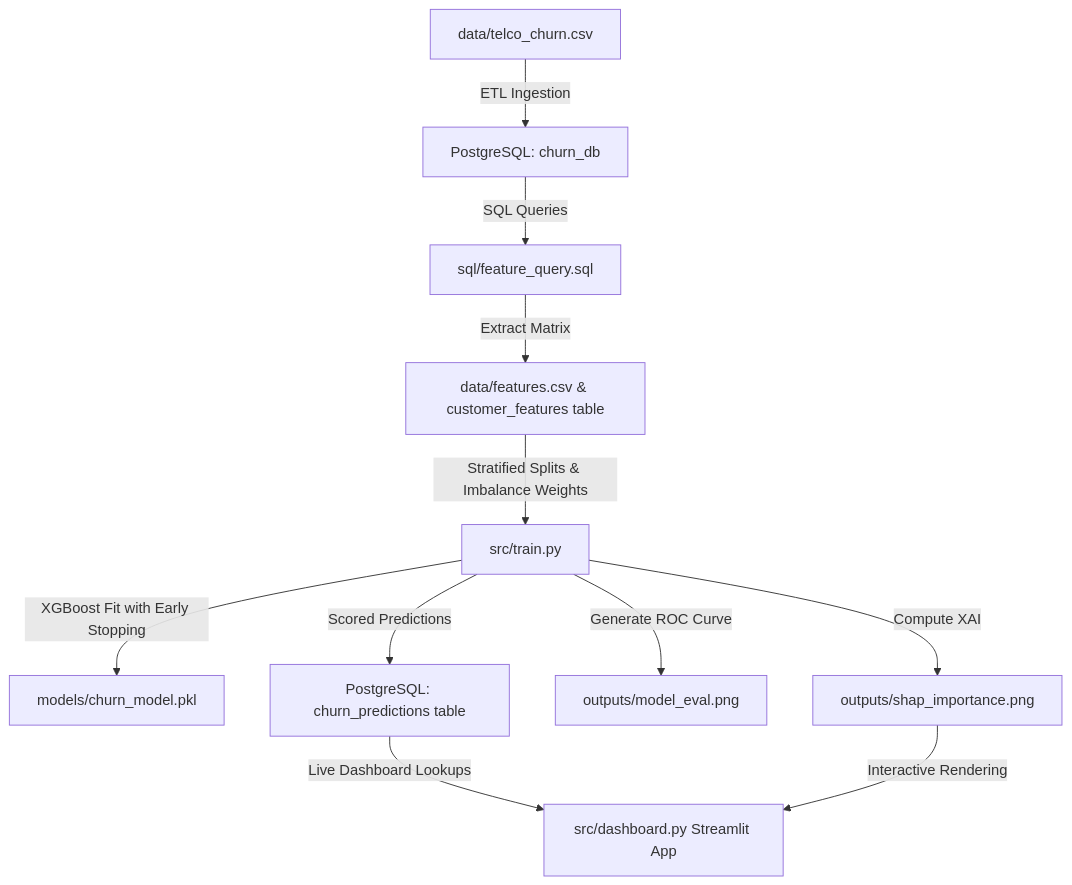
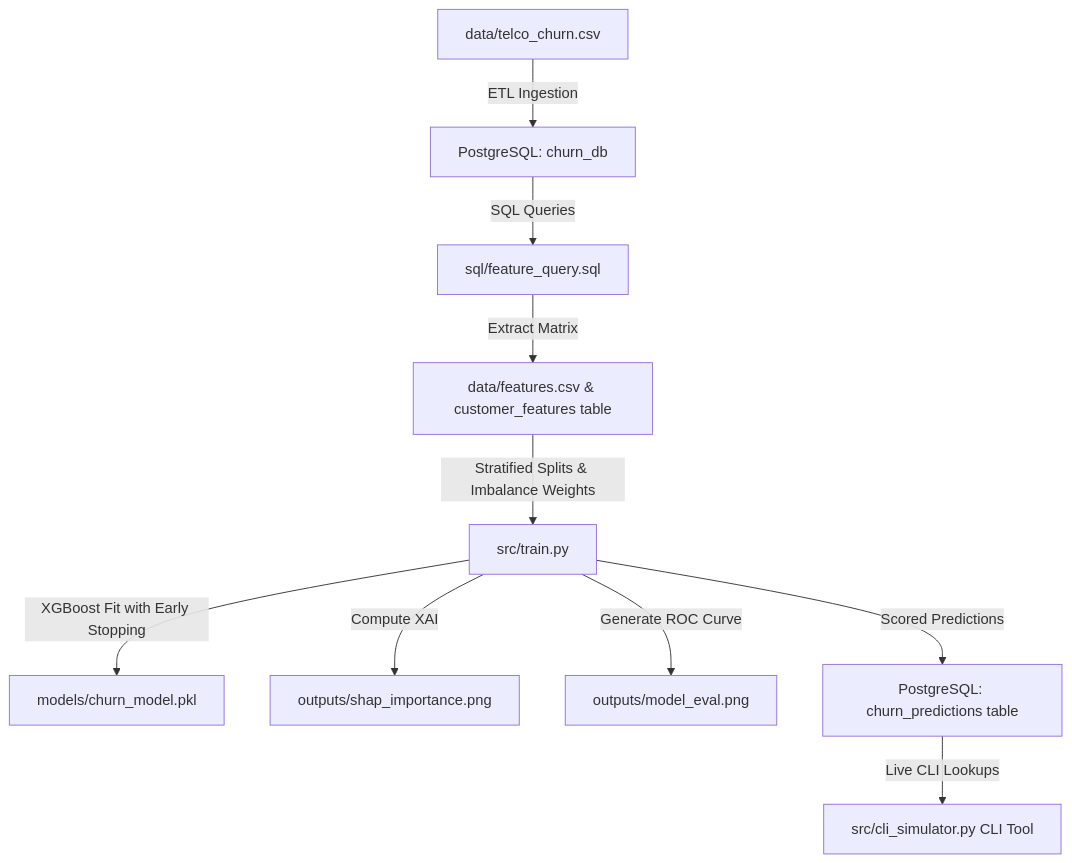
One commit to Abuzarr1/Telecom-churn-prediction changed the diagram in README.md. Above: the diagram before and after it, drawn with Mermaid. The commit also changed other lines of this file and 7 other files, not shown here.

Commit message:
Replace Streamlit with Python CLI simulator for interview Q&A alignment

````diff
--- a/README.md
+++ b/README.md
@@ -15,13 +15,12 @@
 ```mermaid
 graph TD
     A[data/telco_churn.csv] -->|ETL Ingestion| B[PostgreSQL: churn_db]
     B -->|SQL Queries| C[sql/feature_query.sql]
     C -->|Extract Matrix| D[data/features.csv & customer_features table]
     D -->|Stratified Splits & Imbalance Weights| E[src/train.py]
     E -->|XGBoost Fit with Early Stopping| F[models/churn_model.pkl]
     E -->|Compute XAI| G[outputs/shap_importance.png]
     E -->|Generate ROC Curve| H[outputs/model_eval.png]
     E -->|Scored Predictions| I[PostgreSQL: churn_predictions table]
-    I -->|Live Dashboard Lookups| J[src/dashboard.py Streamlit App]
-    G -->|Interactive Rendering| J
+    I -->|Live CLI Lookups| J[src/cli_simulator.py CLI Tool]
 ```
````
